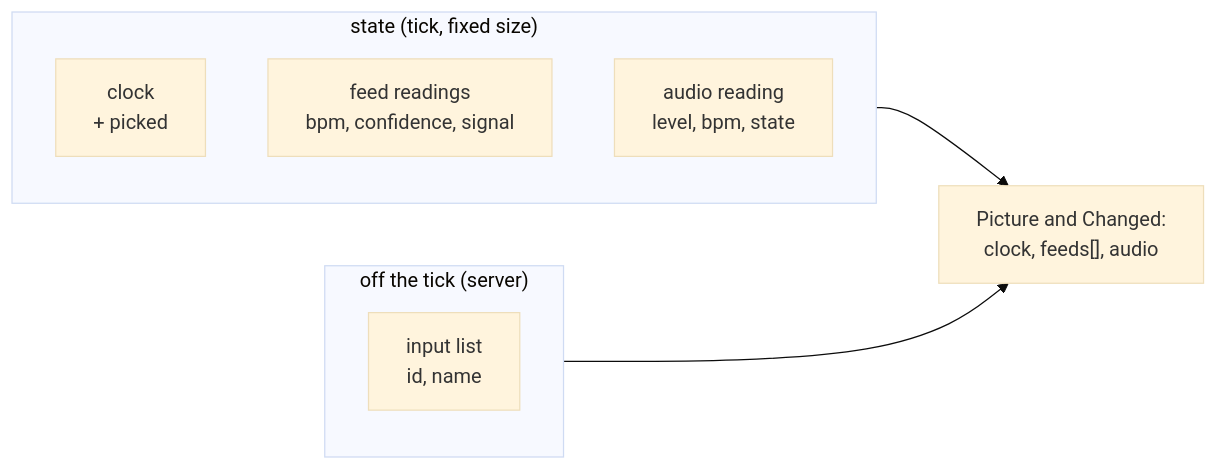
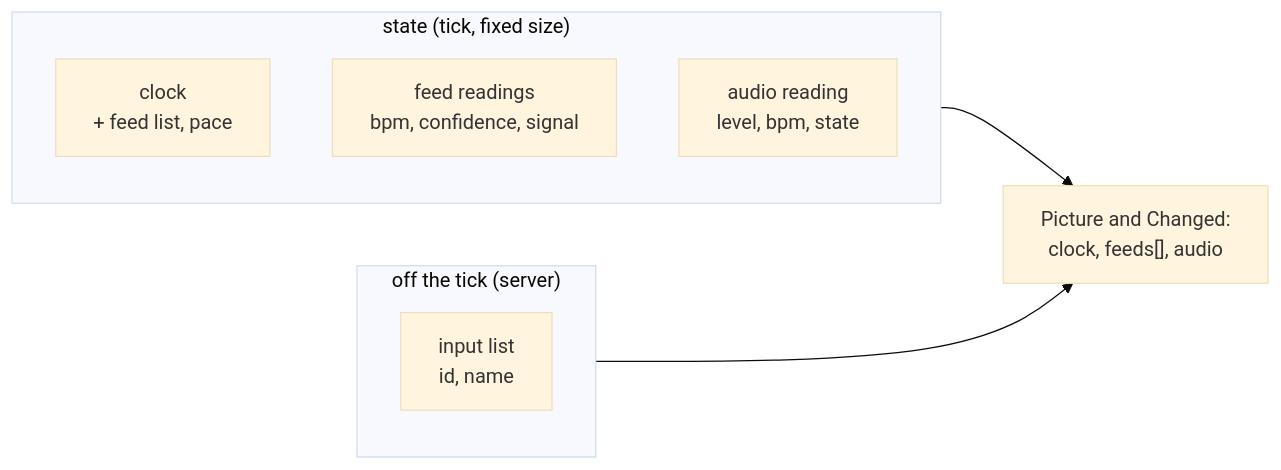
One commit to abossard/bossylights changed the second of 9 diagrams in docs/design/tempo-feeds.md. Above: the diagram before and after it, drawn with Mermaid (base theme). The commit also changed other lines of this file, not shown here.

````diff
--- a/docs/design/tempo-feeds.md
+++ b/docs/design/tempo-feeds.md
@@ -44,13 +48,13 @@
 ```mermaid
 flowchart LR
   subgraph S["state (tick, fixed size)"]
-    CL["clock<br/>+ picked"]
+    CL["clock<br/>+ feed list, pace"]
     FR["feed readings<br/>bpm, confidence, signal"]
     AU["audio reading<br/>level, bpm, state"]
   end
   subgraph O["off the tick (server)"]
     IN["input list<br/>id, name"]
   end
   S --> PIC["Picture and Changed:<br/>clock, feeds[], audio"]
   O --> PIC
 ```
````
